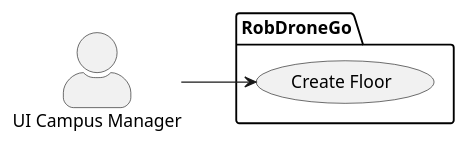
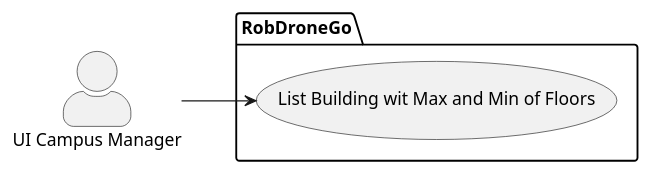
One commit to Pedro-Pereira1/sem5pi_23_24_g056 changed the diagram in docs/US_180/Diagrams/Level1/SceneryView.puml. Above: the diagram before and after it, drawn with PlantUML. The commit also changed 1 other file, not shown here.

Commit message:
Updated US180 SceneryView layer1 diagram

```diff
--- a/docs/US_180/Diagrams/Level1/SceneryView.puml
+++ b/docs/US_180/Diagrams/Level1/SceneryView.puml
@@ -1,12 +1,12 @@
 @startuml scenaryLevel1
 left to right direction
 
 skinparam actorStyle awesome
 
 actor "UI Campus Manager" as CM
 
 package  RobDroneGo  {
-  usecase "Create Floor" as UC2
+  usecase "List Building wit Max and Min of Floors" as UC2
 }
 CM --> UC2
 @enduml
```
